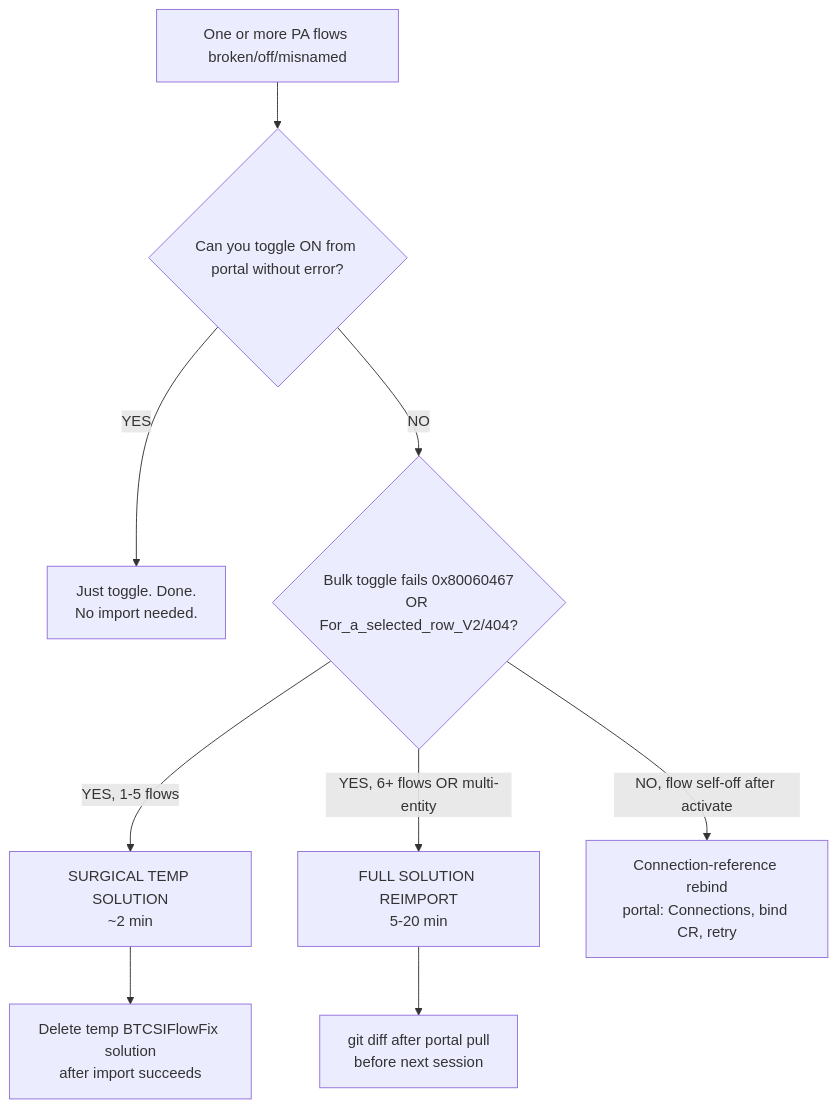
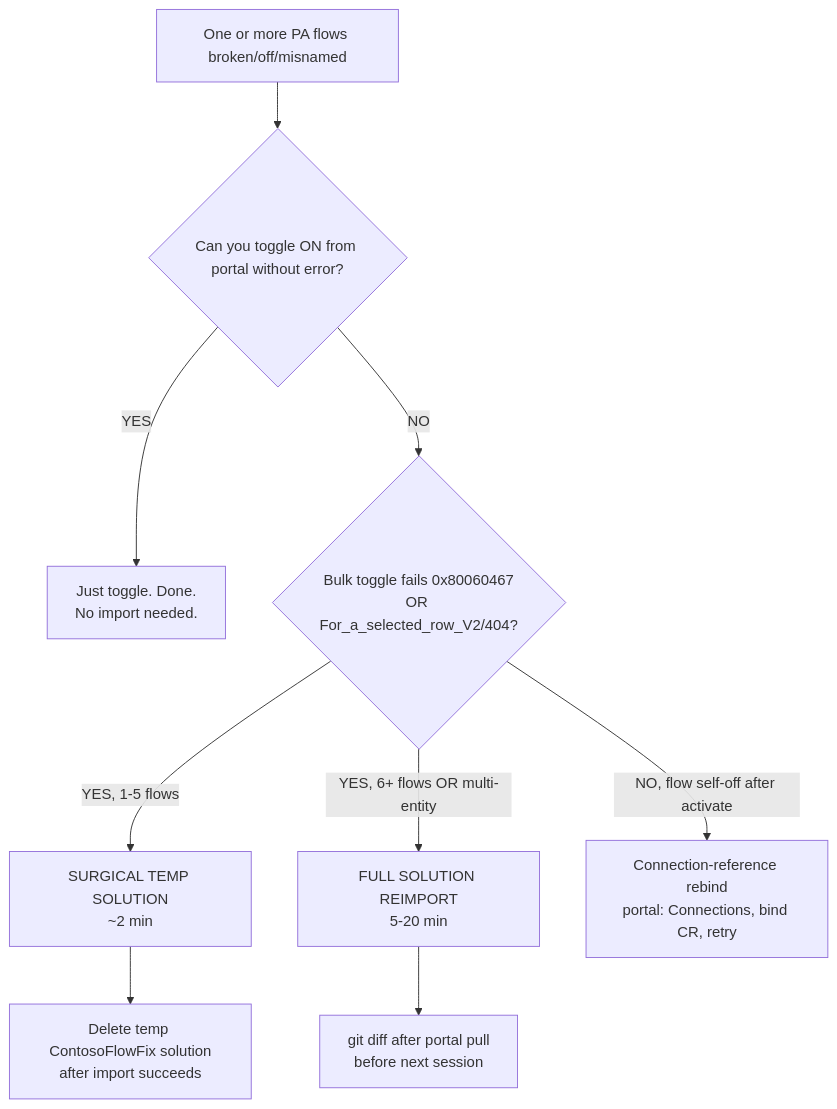
One commit to mcorbett51090/RavenClaude changed the diagram in plugins/power-platform/knowledge/programmatic-flow-creation.md. Above: the diagram before and after it, drawn with Mermaid. The commit also changed other lines of this file and 27 other files, not shown here.

````diff
--- a/plugins/power-platform/knowledge/programmatic-flow-creation.md
+++ b/plugins/power-platform/knowledge/programmatic-flow-creation.md
@@ -17,11 +17,11 @@
 ```mermaid
 flowchart TD
     START[One or more PA flows broken/off/misnamed] --> Q1{Can you toggle ON from portal without error?}
     Q1 -->|YES| TOGGLE["Just toggle. Done.<br/>No import needed."]
     Q1 -->|NO| Q2{"Bulk toggle fails 0x80060467<br/>OR For_a_selected_row_V2/404?"}
     Q2 -->|YES, 1-5 flows| SURGICAL["SURGICAL TEMP SOLUTION<br/>~2 min"]
     Q2 -->|YES, 6+ flows OR multi-entity| FULL["FULL SOLUTION REIMPORT<br/>5-20 min"]
     Q2 -->|NO, flow self-off after activate| CONNREF["Connection-reference rebind<br/>portal: Connections, bind CR, retry"]
-    SURGICAL --> CLEANUP["Delete temp BTCSIFlowFix solution<br/>after import succeeds"]
+    SURGICAL --> CLEANUP["Delete temp ContosoFlowFix solution<br/>after import succeeds"]
     FULL --> DIFFCHECK["git diff after portal pull<br/>before next session"]
 ```
````
